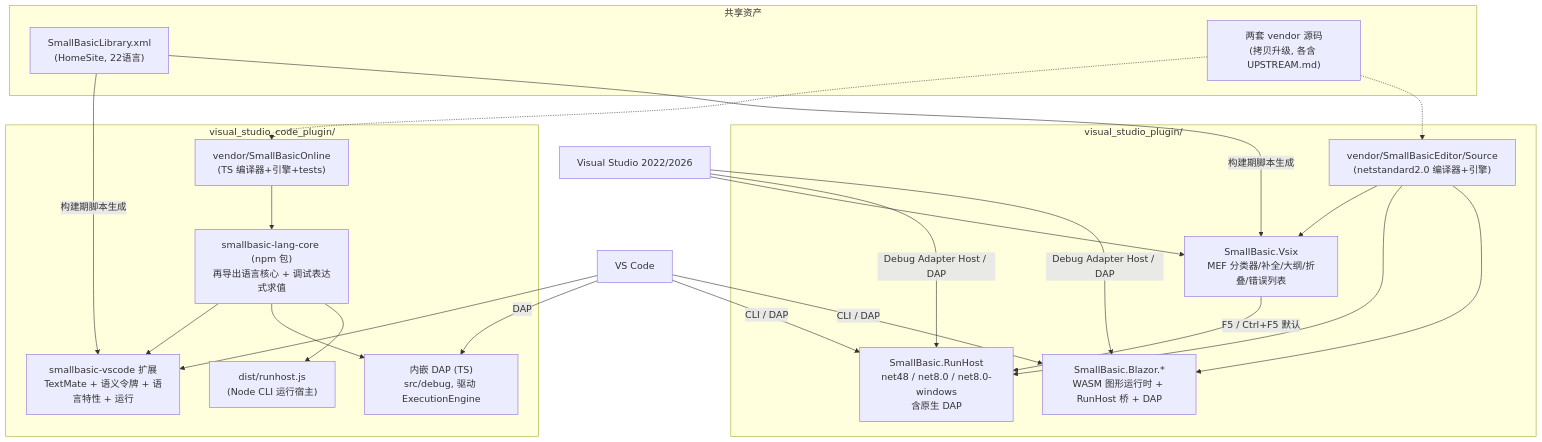
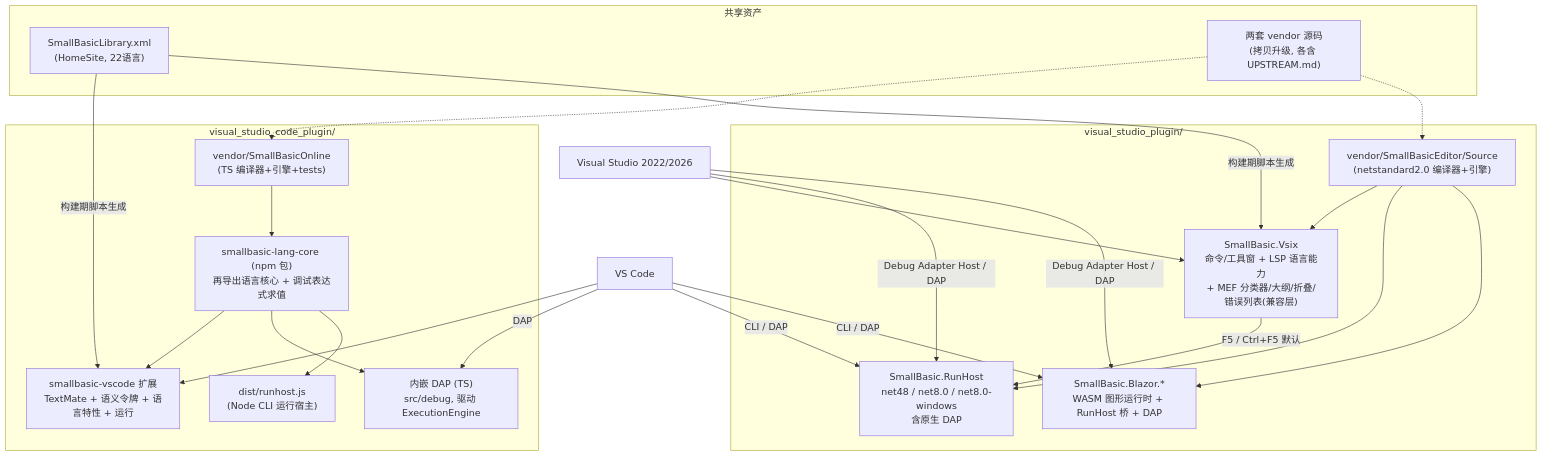
The diagram in docs/design/02-技术选型与总体架构.md (Ultramanhu/SmallBasicPlugin), drawn with Mermaid before and after one commit. The commit also changed 151 other files, not shown here.

Commit message:
SmallBasic Refract

````diff
--- a/docs/design/02-技术选型与总体架构.md
+++ b/docs/design/02-技术选型与总体架构.md
@@ -65,43 +65,43 @@
 ```mermaid
 flowchart TB
     subgraph Shared[共享资产]
         XML["SmallBasicLibrary.xml<br/>(HomeSite, 22语言)"]
         VEND["两套 vendor 源码<br/>(拷贝升级, 各含 UPSTREAM.md)"]
     end
 
     subgraph VSC[visual_studio_code_plugin/]
         TSVEND["vendor/SmallBasicOnline<br/>(TS 编译器+引擎+tests)"]
         TSCORE["smallbasic-lang-core (npm 包)<br/>再导出语言核心 + 调试表达式求值"]
         EXT["smallbasic-vscode 扩展<br/>TextMate + 语义令牌 + 语言特性 + 运行"]
         DAP1["内嵌 DAP (TS)<br/>src/debug, 驱动 ExecutionEngine"]
         RUNJS["dist/runhost.js<br/>(Node CLI 运行宿主)"]
         TSVEND --> TSCORE
         TSCORE --> EXT
         TSCORE --> DAP1
         TSCORE --> RUNJS
     end
 
     subgraph VS[visual_studio_plugin/]
         CSVEND["vendor/SmallBasicEditor/Source<br/>(netstandard2.0 编译器+引擎)"]
-        VSIX["SmallBasic.Vsix<br/>MEF 分类器/补全/大纲/折叠/错误列表"]
+        VSIX["SmallBasic.Vsix<br/>命令/工具窗 + LSP 语言能力<br/>+ MEF 分类器/大纲/折叠/错误列表(兼容层)"]
         RUNHOST["SmallBasic.RunHost<br/>net48 / net8.0 / net8.0-windows<br/>含原生 DAP"]
         BLAZOR["SmallBasic.Blazor.*<br/>WASM 图形运行时 + RunHost 桥 + DAP"]
         CSVEND --> VSIX
         CSVEND --> RUNHOST
         CSVEND --> BLAZOR
     end
 
     XML -->|构建期脚本生成| EXT
     XML -->|构建期脚本生成| VSIX
     VEND -.-> TSVEND
     VEND -.-> CSVEND
 
     VSCODE["VS Code"] --> EXT
     VSCODE -->|DAP| DAP1
     VSCODE -->|CLI / DAP| RUNHOST
     VSCODE -->|CLI / DAP| BLAZOR
     VS2026["Visual Studio 2022/2026"] --> VSIX
     VS2026 -->|Debug Adapter Host / DAP| RUNHOST
     VS2026 -->|Debug Adapter Host / DAP| BLAZOR
     VSIX -->|F5 / Ctrl+F5 默认| RUNHOST
 ```
````
